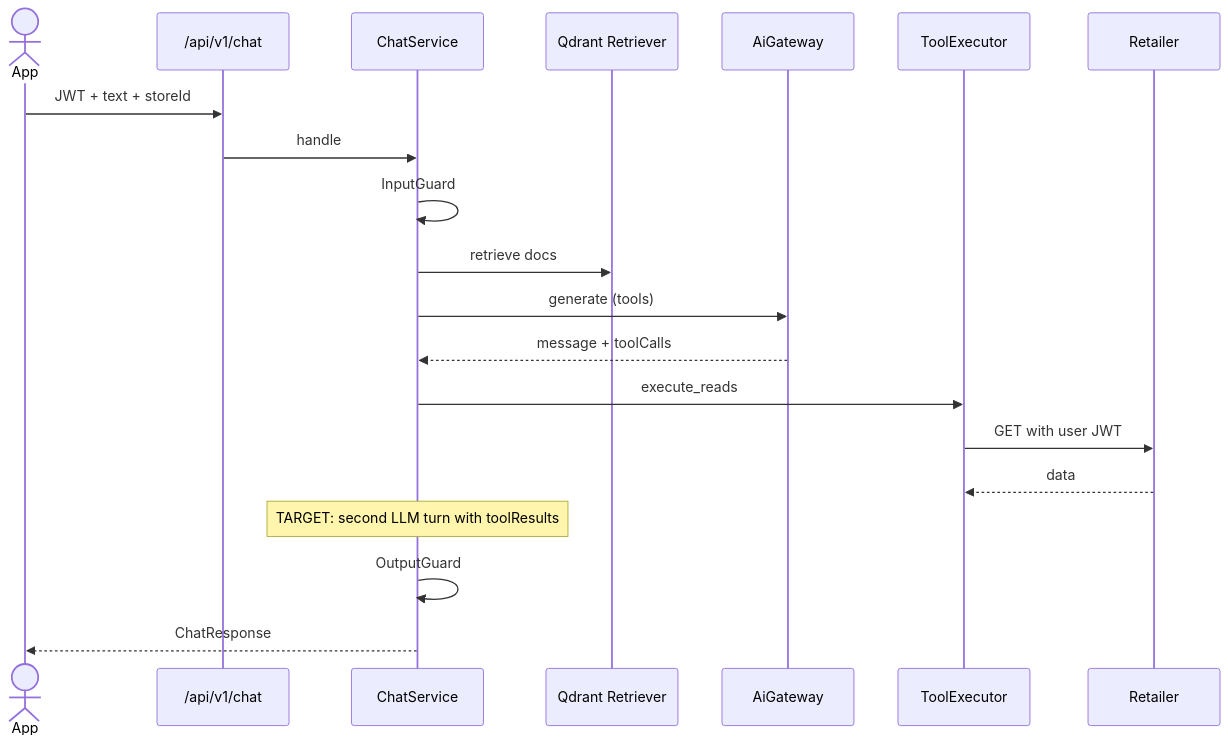
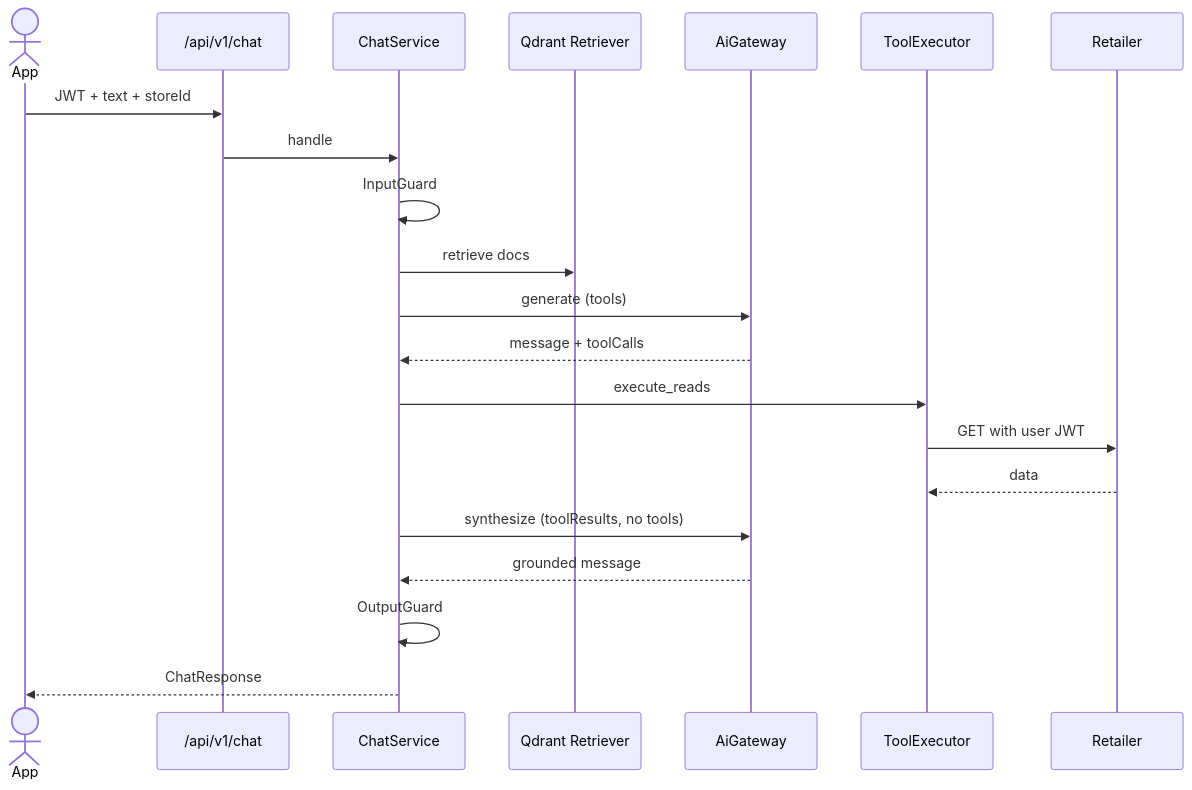
Before and after one commit to kabawat/DragBizz-Brain: the first of 2 diagrams in docs/06_DATA_FLOWS.md, drawn with Mermaid. The commit also changed other lines of this file and 26 other files, not shown here.

````diff
--- a/docs/06_DATA_FLOWS.md
+++ b/docs/06_DATA_FLOWS.md
@@ -9,23 +9,24 @@
 ```mermaid
 sequenceDiagram
     actor U as App
     participant API as /api/v1/chat
     participant CS as ChatService
     participant RAG as Qdrant Retriever
     participant LLM as AiGateway
     participant TE as ToolExecutor
     participant RET as Retailer
 
     U->>API: JWT + text + storeId
     API->>CS: handle
     CS->>CS: InputGuard
     CS->>RAG: retrieve docs
     CS->>LLM: generate (tools)
     LLM-->>CS: message + toolCalls
     CS->>TE: execute_reads
     TE->>RET: GET with user JWT
     RET-->>TE: data
-    Note over CS: TARGET: second LLM turn with toolResults
+    CS->>LLM: synthesize (toolResults, no tools)
+    LLM-->>CS: grounded message
     CS->>CS: OutputGuard
     CS-->>U: ChatResponse
 ```
````
